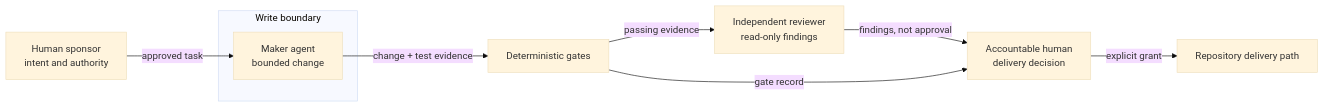
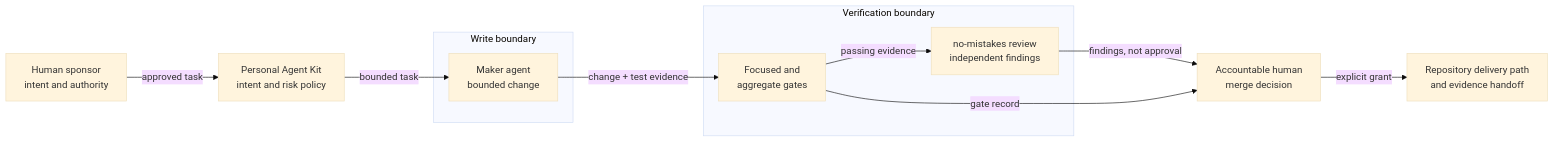
One commit to davidtandoh/playbooks changed the diagram in drafts/governed-agent-delivery-loop.md. Above: the diagram before and after it, drawn with Mermaid (base theme). The commit also changed other lines of this file, not shown here.

Commit message:
Revise draft with Agent Kit example

````diff
--- a/drafts/governed-agent-delivery-loop.md
+++ b/drafts/governed-agent-delivery-loop.md
@@ -43,12 +52,15 @@
 ```mermaid
 flowchart LR
-    H["Human sponsor<br/>intent and authority"] -->|approved task| M
+    H["Human sponsor<br/>intent and authority"] -->|approved task| I["Personal Agent Kit<br/>intent and risk policy"]
+    I -->|bounded task| M
     subgraph W["Write boundary"]
         M["Maker agent<br/>bounded change"]
     end
-    M -->|change + test evidence| G["Deterministic gates"]
-    G -->|passing evidence| R["Independent reviewer<br/>read-only findings"]
-    R -->|findings, not approval| D["Accountable human<br/>delivery decision"]
+    M -->|change + test evidence| G["Focused and<br/>aggregate gates"]
+    subgraph V["Verification boundary"]
+        G -->|passing evidence| R["no-mistakes review<br/>independent findings"]
+    end
+    R -->|findings, not approval| D["Accountable human<br/>merge decision"]
     G -->|gate record| D
-    D -->|explicit grant| P["Repository delivery path"]
+    D -->|explicit grant| P["Repository delivery path<br/>and evidence handoff"]
 ```
````
